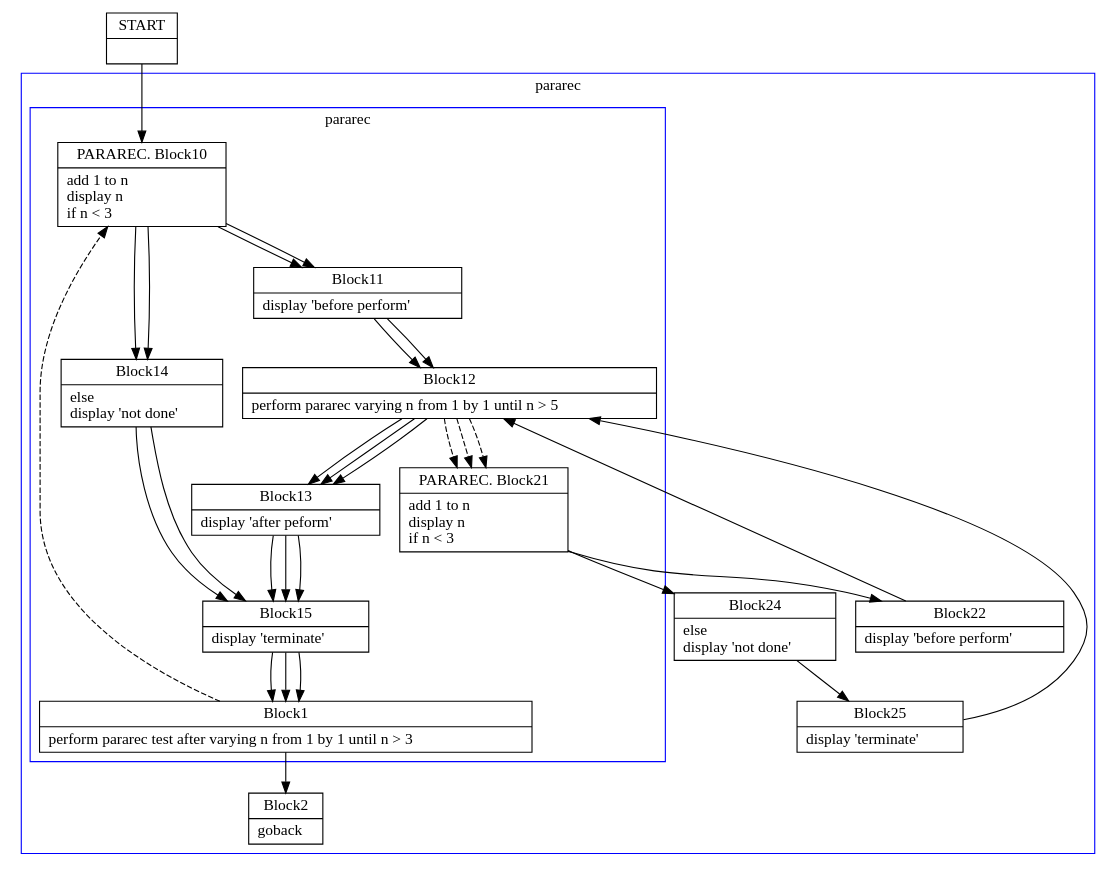
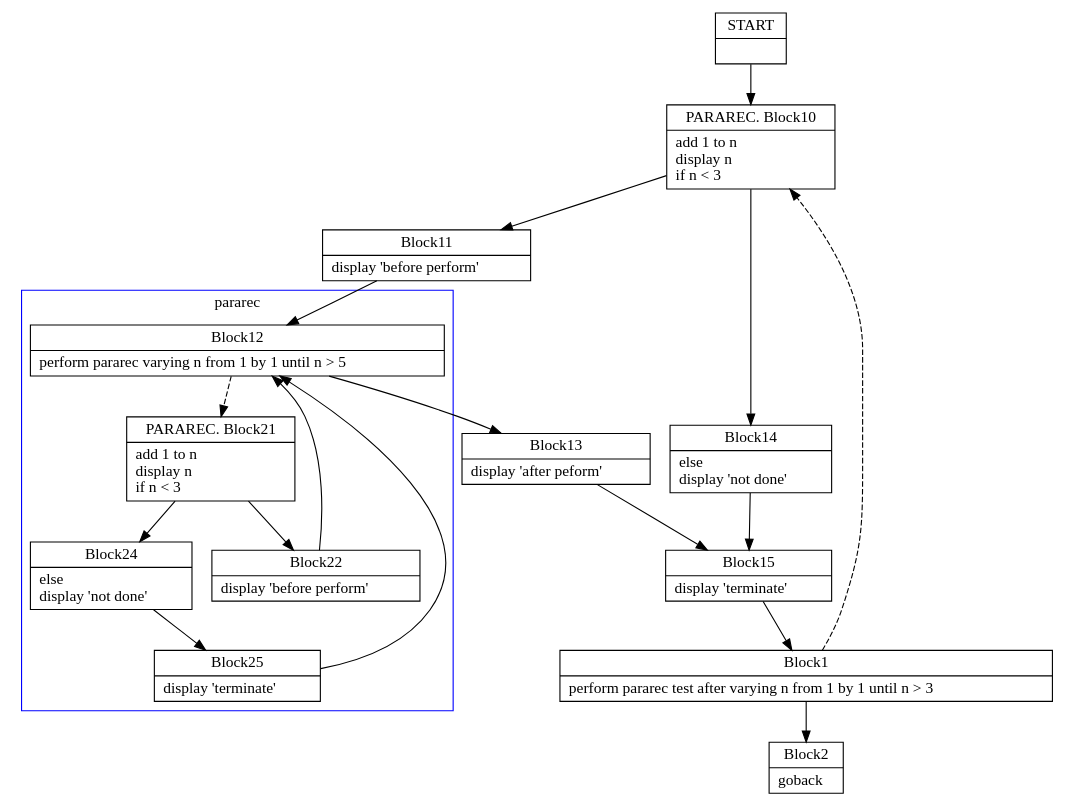
Before and after one commit to TypeCobolTeam/TypeCobol: the diagram in TypeCobol.Analysis.Test/DotOutput/PerformProcIterativeAfterRecursive0.dot, drawn with Graphviz. The commit also changed 12 other files, not shown here.

```diff
--- a/TypeCobol.Analysis.Test/DotOutput/PerformProcIterativeAfterRecursive0.dot
+++ b/TypeCobol.Analysis.Test/DotOutput/PerformProcIterativeAfterRecursive0.dot
@@ -1,119 +1,78 @@
 digraph Cfg {
 compound=true;
 node [
 shape = "record"
 ]
 
 edge [
 arrowtail = "empty"
 ]
 Block0 [
 label = "{START|}"
 ]
 Block10 [
 label = "{PARAREC. Block10|    add 1 to n\l    display n\l    if n \< 3\l}"
 ]
 Block11 [
 label = "{Block11|       display 'before perform'\l}"
 ]
 Block12 [
 label = "{Block12|       perform pararec  varying n from 1 by 1 until n \> 5\l}"
 ]
 subgraph cluster_2{
 color = blue;
 label = "pararec";
 Block21 [
 label = "{PARAREC. Block21|    add 1 to n\l    display n\l    if n \< 3\l}"
 ]
 Block22 [
 label = "{Block22|       display 'before perform'\l}"
 ]
-Block12 [
-label = "{Block12|       perform pararec  varying n from 1 by 1 until n \> 5\l}"
+Block24 [
+label = "{Block24|    else\l       display 'not done'\l}"
 ]
+Block25 [
+label = "{Block25|    display 'terminate'\l}"
+]
+Block21 -> Block22
+Block21 -> Block24
+Block22 -> Block12
+Block24 -> Block25
+Block25 -> Block12
+
+}
 Block12 -> Block21 [style=dashed]
 
 Block13 [
 label = "{Block13|       display 'after peform'\l}"
 ]
 Block15 [
 label = "{Block15|    display 'terminate'\l}"
 ]
 Block1 [
 label = "{Block1|    perform pararec test after varying n from 1 by 1 until n \> 3\l}"
 ]
 subgraph cluster_1{
 color = blue;
 label = "pararec";
-Block10 [
-label = "{PARAREC. Block10|    add 1 to n\l    display n\l    if n \< 3\l}"
-]
-Block11 [
-label = "{Block11|       display 'before perform'\l}"
-]
-Block12 [
-label = "{Block12|       perform pararec  varying n from 1 by 1 until n \> 5\l}"
-]
-Block12 -> Block21 [style=dashed]
-
-Block13 [
-label = "{Block13|       display 'after peform'\l}"
-]
-Block15 [
-label = "{Block15|    display 'terminate'\l}"
-]
-Block14 [
-label = "{Block14|    else\l       display 'not done'\l}"
-]
-Block10 -> Block11
-Block10 -> Block14
-Block11 -> Block12
-Block12 -> Block13
-Block13 -> Block15
-Block15 -> Block1
-Block14 -> Block15
 
 }
 Block1 -> Block10 [style=dashed]
 
 Block2 [
 label = "{Block2|    goback\l}"
-]
-Block24 [
-label = "{Block24|    else\l       display 'not done'\l}"
-]
-Block25 [
-label = "{Block25|    display 'terminate'\l}"
-]
-Block21 -> Block22
-Block21 -> Block24
-Block22 -> Block12
-Block12 -> Block13
-Block13 -> Block15
-Block15 -> Block1
-Block1 -> Block2
-Block24 -> Block25
-Block25 -> Block12
-
-}
-Block12 -> Block21 [style=dashed]
-
-Block13 [
-label = "{Block13|       display 'after peform'\l}"
-]
-Block15 [
-label = "{Block15|    display 'terminate'\l}"
 ]
 Block14 [
 label = "{Block14|    else\l       display 'not done'\l}"
 ]
 Block0 -> Block10
 Block10 -> Block11
 Block10 -> Block14
 Block11 -> Block12
 Block12 -> Block13
 Block13 -> Block15
 Block15 -> Block1
+Block1 -> Block2
 Block14 -> Block15
 
 }
```
